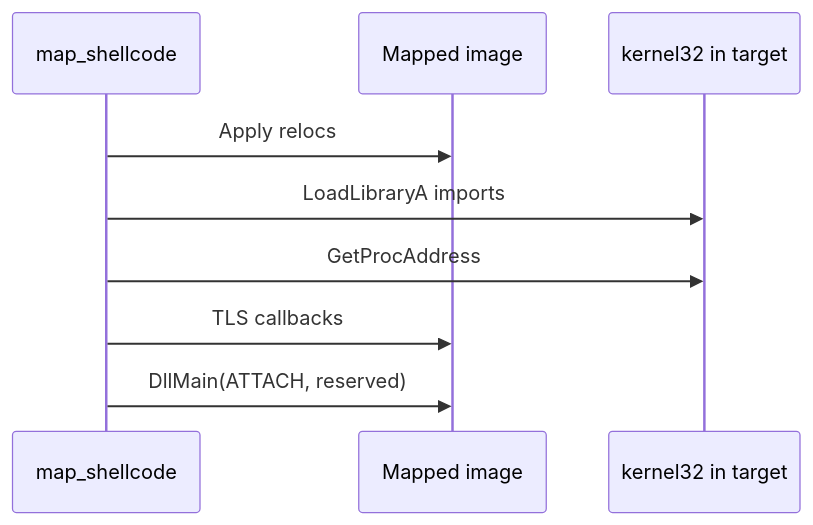
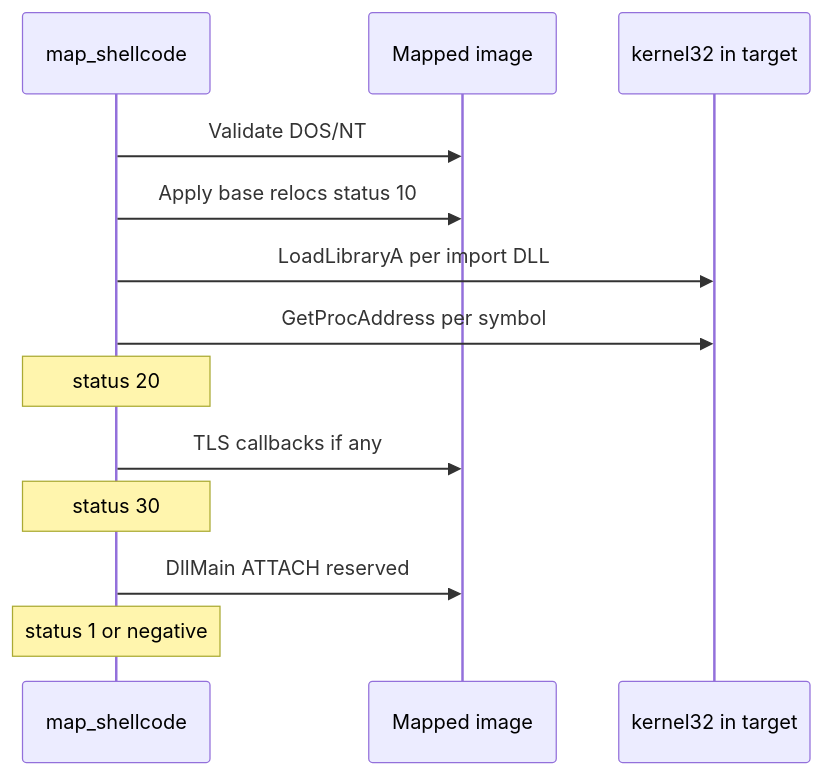
One commit to LucasZhang3/ManualMapper changed the second of 2 diagrams in docs/manual-map-engine.md. Above: the diagram before and after it, drawn with Mermaid. The commit also changed other lines of this file and 19 other files, not shown here.

````diff
--- a/docs/manual-map-engine.md
+++ b/docs/manual-map-engine.md
@@ -96,12 +224,16 @@
 ```mermaid
 sequenceDiagram
     participant L as map_shellcode
     participant PE as Mapped image
     participant K as kernel32 in target
 
-    L->>PE: Apply relocs
-    L->>K: LoadLibraryA imports
-    L->>K: GetProcAddress
-    L->>PE: TLS callbacks
-    L->>PE: DllMain(ATTACH, reserved)
+    L->>PE: Validate DOS/NT
+    L->>PE: Apply base relocs status 10
+    L->>K: LoadLibraryA per import DLL
+    L->>K: GetProcAddress per symbol
+    Note over L: status 20
+    L->>PE: TLS callbacks if any
+    Note over L: status 30
+    L->>PE: DllMain ATTACH reserved
+    Note over L: status 1 or negative
 ```
````
